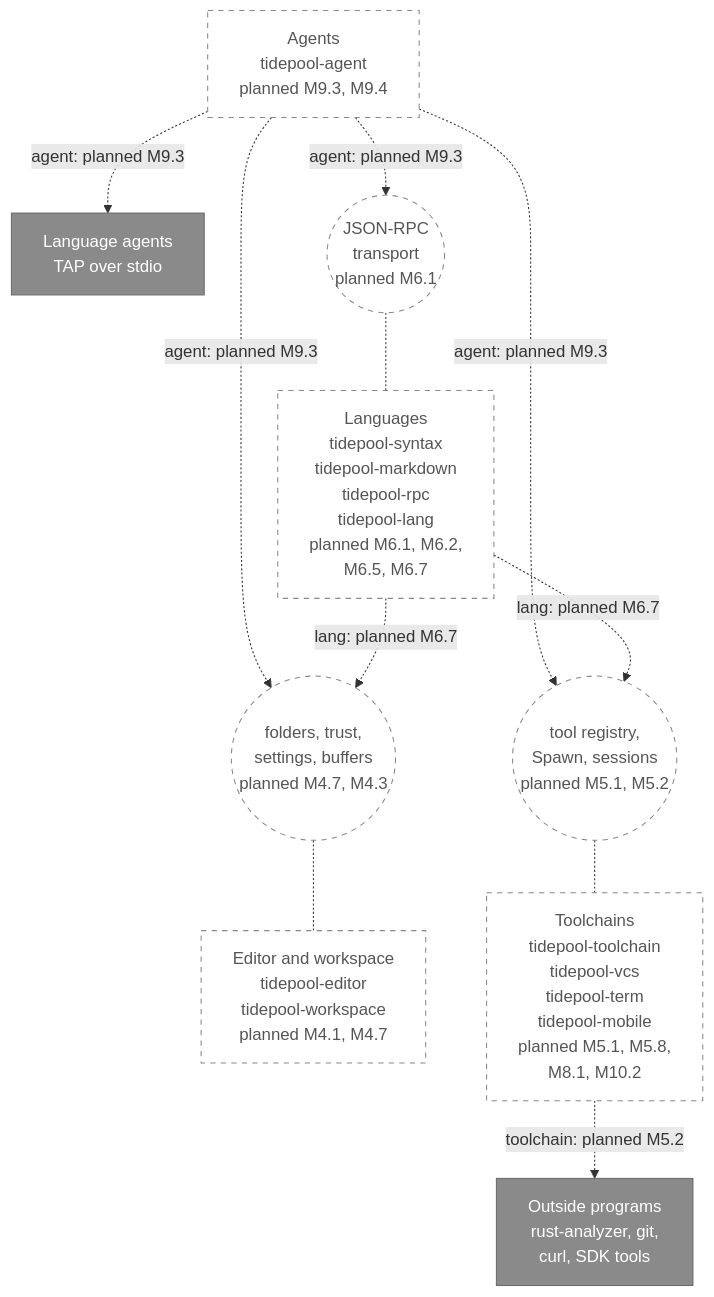
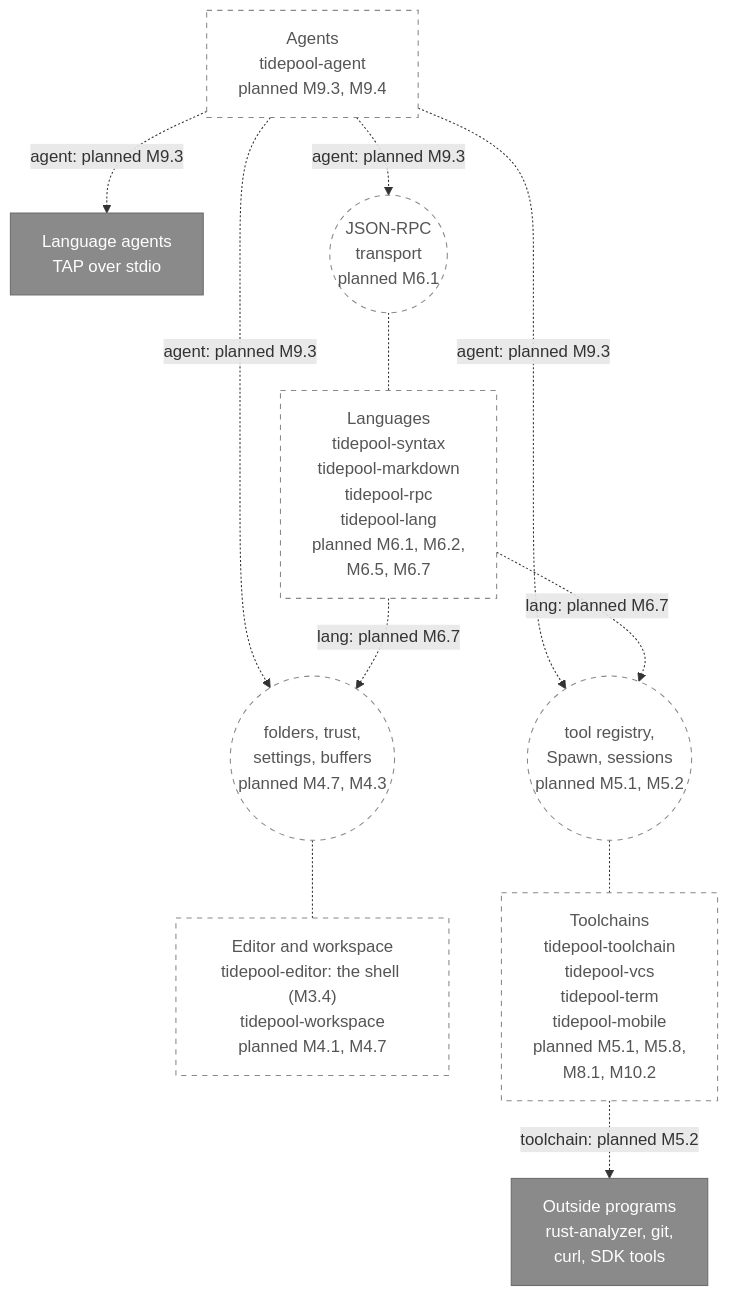
The second of 21 diagrams in diagrams/component-diagrams.md (jabbott-iii/Tidepool), drawn with Mermaid before and after one commit. The commit also changed other lines of this file and 38 other files, not shown here.

First line of the commit message:
feat(editor,app): the shell (M3.4, ADR-0060)

````diff
--- a/diagrams/component-diagrams.md
+++ b/diagrams/component-diagrams.md
@@ -129,29 +133,29 @@
 ```mermaid
 flowchart TB
     c_agents["Agents<br/>tidepool-agent<br/>planned M9.3, M9.4"]
     e_agents["Language agents<br/>TAP over stdio"]
     i_rpc(("JSON-RPC<br/>transport<br/>planned M6.1"))
     c_lang["Languages<br/>tidepool-syntax<br/>tidepool-markdown<br/>tidepool-rpc<br/>tidepool-lang<br/>planned M6.1, M6.2,<br/>M6.5, M6.7"]
     i_ws(("folders, trust,<br/>settings, buffers<br/>planned M4.7, M4.3"))
     i_tools(("tool registry,<br/>Spawn, sessions<br/>planned M5.1, M5.2"))
-    c_editor["Editor and workspace<br/>tidepool-editor<br/>tidepool-workspace<br/>planned M4.1, M4.7"]
+    c_editor["Editor and workspace<br/>tidepool-editor: the shell (M3.4)<br/>tidepool-workspace<br/>planned M4.1, M4.7"]
     c_tools["Toolchains<br/>tidepool-toolchain<br/>tidepool-vcs<br/>tidepool-term<br/>tidepool-mobile<br/>planned M5.1, M5.8,<br/>M8.1, M10.2"]
     e_progs["Outside programs<br/>rust-analyzer, git,<br/>curl, SDK tools"]
 
     c_agents -.->|"agent: planned M9.3"| e_agents
     c_agents -.->|"agent: planned M9.3"| i_rpc
     c_agents -.->|"agent: planned M9.3"| i_ws
     c_agents -.->|"agent: planned M9.3"| i_tools
     i_rpc -.- c_lang
     c_lang -.->|"lang: planned M6.7"| i_ws
     c_lang -.->|"lang: planned M6.7"| i_tools
     i_ws -.- c_editor
     i_tools -.- c_tools
     c_tools -.->|"toolchain: planned M5.2"| e_progs
 
     classDef external fill:#8a8a8a,stroke:#6b6b6b,color:#ffffff
     classDef planned fill:#ffffff,stroke:#888888,stroke-dasharray: 5 5,color:#555555
     class c_agents,c_lang,c_editor,c_tools planned
     class i_rpc,i_ws,i_tools planned
     class e_agents,e_progs external
 ```
````
